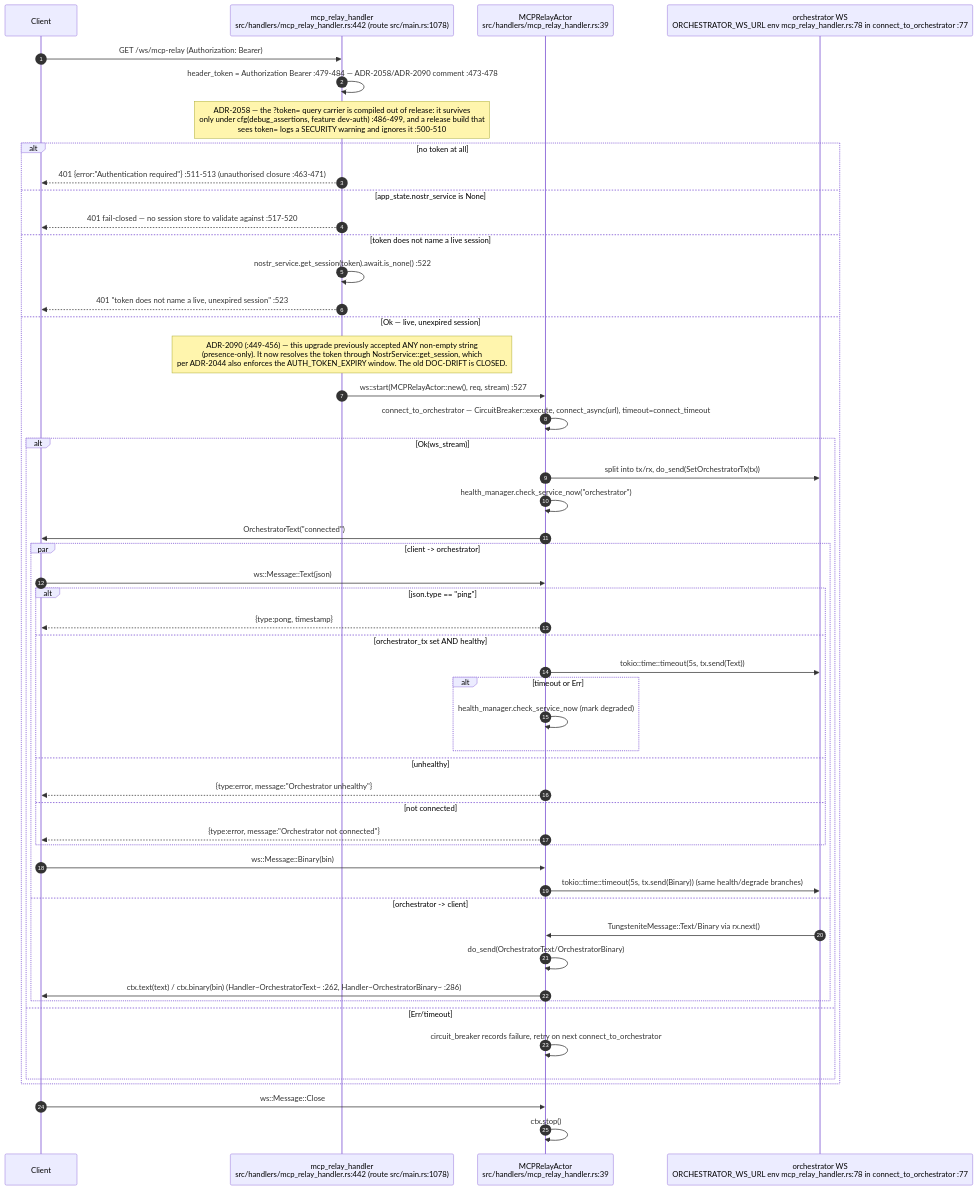
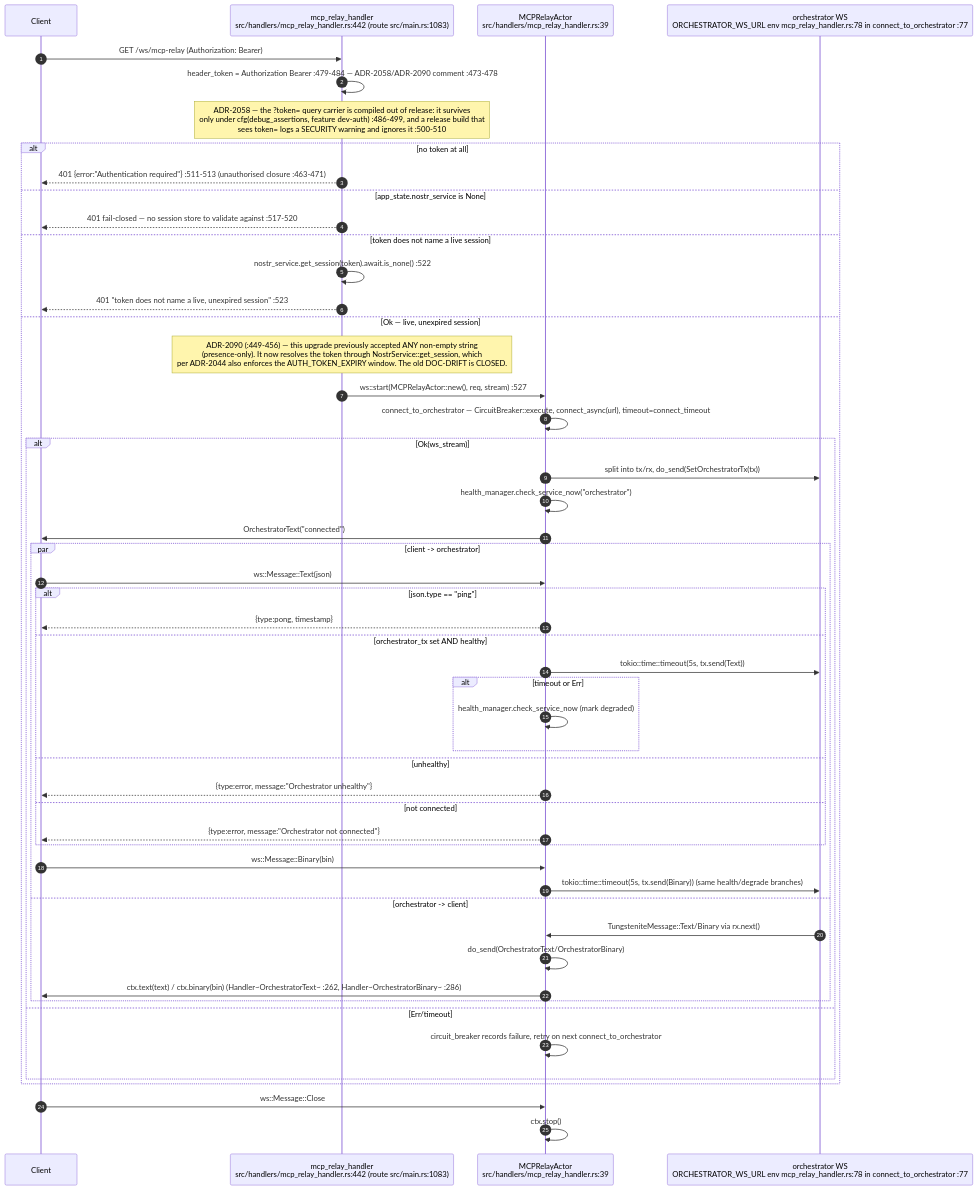
Before and after one commit to DreamLab-AI/VisionFlow: the tenth of 15 diagrams in docs/diagrams/visionclaw/05-handlers-governance-and-identity.md, drawn with Mermaid. The commit also changed other lines of this file and 136 other files, not shown here.

First line of the commit message:
docs(diagrams): refresh the whole corpus to code HEAD and prune low-value diagrams

````diff
--- a/docs/diagrams/visionclaw/05-handlers-governance-and-identity.md
+++ b/docs/diagrams/visionclaw/05-handlers-governance-and-identity.md
@@ -594,54 +536,54 @@
 ```mermaid
 sequenceDiagram
     autonumber
     participant C as Client
-    participant H as mcp_relay_handler<br/>src/handlers/mcp_relay_handler.rs:442 (route src/main.rs:1078)
+    participant H as mcp_relay_handler<br/>src/handlers/mcp_relay_handler.rs:442 (route src/main.rs:1083)
     participant A as MCPRelayActor<br/>src/handlers/mcp_relay_handler.rs:39
     participant O as orchestrator WS<br/>ORCHESTRATOR_WS_URL env mcp_relay_handler.rs:78 in connect_to_orchestrator :77
 
     C->>H: GET /ws/mcp-relay (Authorization: Bearer)
     H->>H: header_token = Authorization Bearer :479-484 — ADR-2058/ADR-2090 comment :473-478
     Note over H: ADR-2058 — the ?token= query carrier is compiled out of release: it survives<br/>only under cfg(debug_assertions, feature dev-auth) :486-499, and a release build that<br/>sees token= logs a SECURITY warning and ignores it :500-510
     alt no token at all
         H-->>C: 401 {error:"Authentication required"} :511-513 (unauthorised closure :463-471)
     else app_state.nostr_service is None
         H-->>C: 401 fail-closed — no session store to validate against :517-520
     else token does not name a live session
         H->>H: nostr_service.get_session(token).await.is_none() :522
         H-->>C: 401 "token does not name a live, unexpired session" :523
     else Ok — live, unexpired session
         Note over H: ADR-2090 (:449-456) — this upgrade previously accepted ANY non-empty string<br/>(presence-only). It now resolves the token through NostrService::get_session, which<br/>per ADR-2044 also enforces the AUTH_TOKEN_EXPIRY window. The old DOC-DRIFT is CLOSED.
         H->>A: ws::start(MCPRelayActor::new(), req, stream) :527
         A->>A: connect_to_orchestrator — CircuitBreaker::execute, connect_async(url), timeout=connect_timeout
         alt Ok(ws_stream)
             A->>O: split into tx/rx, do_send(SetOrchestratorTx(tx))
             A->>A: health_manager.check_service_now("orchestrator")
             A->>C: OrchestratorText("connected")
             par client -> orchestrator
                 C->>A: ws::Message::Text(json)
                 alt json.type == "ping"
                     A-->>C: {type:pong, timestamp}
                 else orchestrator_tx set AND healthy
                     A->>O: tokio::time::timeout(5s, tx.send(Text))
                     alt timeout or Err
                         A->>A: health_manager.check_service_now (mark degraded)
                     end
                 else unhealthy
                     A-->>C: {type:error, message:"Orchestrator unhealthy"}
                 else not connected
                     A-->>C: {type:error, message:"Orchestrator not connected"}
                 end
                 C->>A: ws::Message::Binary(bin)
                 A->>O: tokio::time::timeout(5s, tx.send(Binary)) (same health/degrade branches)
             and orchestrator -> client
                 O->>A: TungsteniteMessage::Text/Binary via rx.next()
                 A->>A: do_send(OrchestratorText/OrchestratorBinary)
                 A->>C: ctx.text(text) / ctx.binary(bin) (Handler~OrchestratorText~ :262, Handler~OrchestratorBinary~ :286)
             end
         else Err/timeout
             A->>A: circuit_breaker records failure, retry on next connect_to_orchestrator
         end
     end
     C->>A: ws::Message::Close
     A->>A: ctx.stop()
 ```
````
